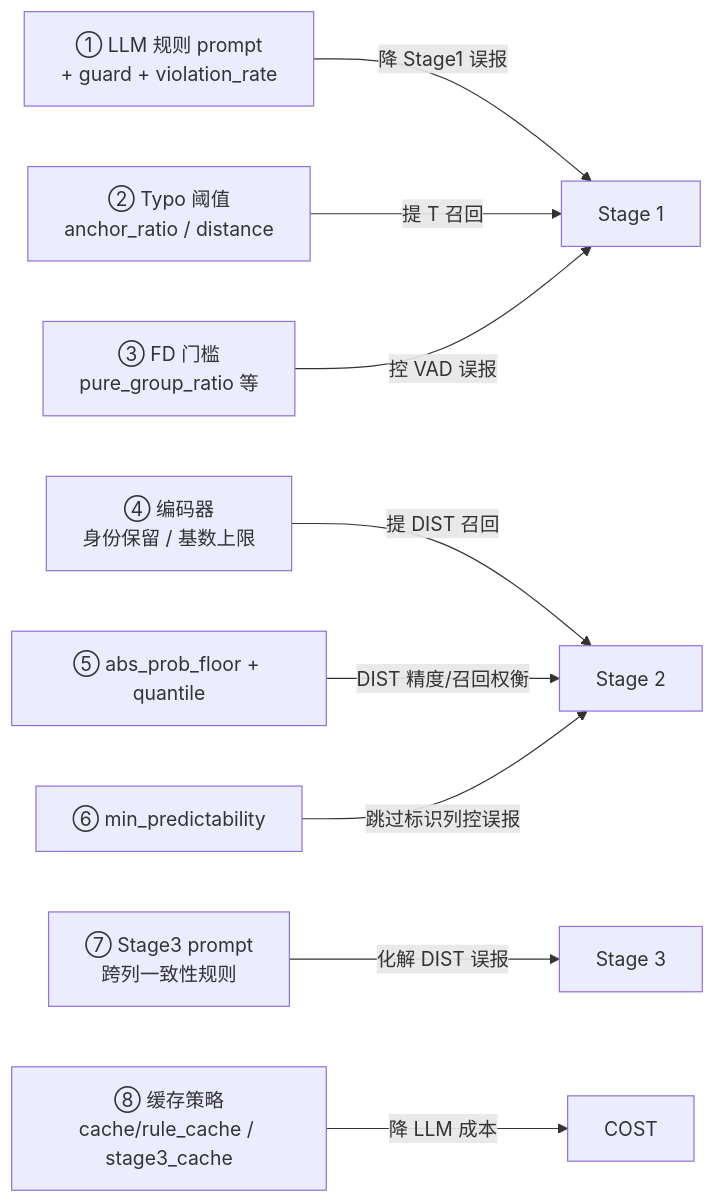
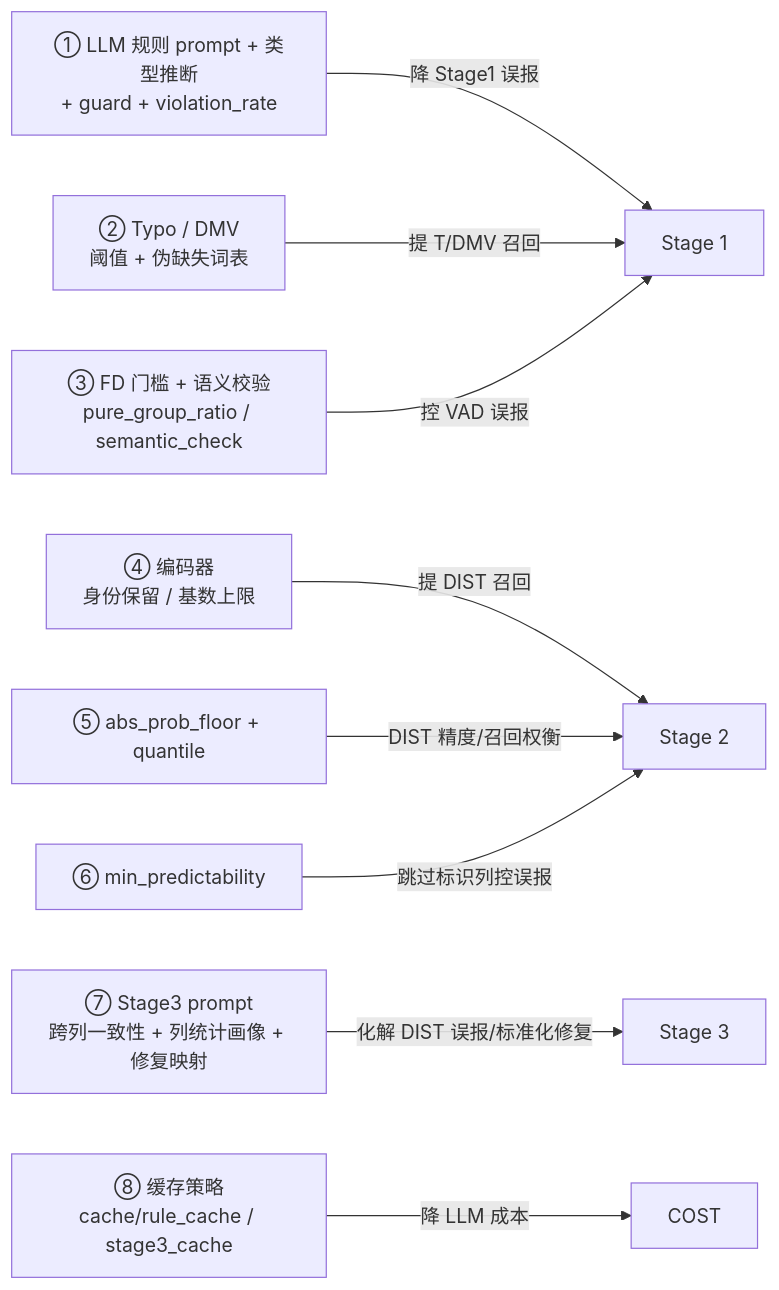
The eighth of 8 diagrams in PIPELINE.md (1993371829/error_detect), drawn with Mermaid before and after one commit. The commit also changed other lines of this file and 15 other files, not shown here.

First line of the commit message:
Stage 1/2/3 增强：DMV/标准化检测、LLM 健壮解析、Stage 3 统计画像与修复复用

````diff
--- a/PIPELINE.md
+++ b/PIPELINE.md
@@ -488,15 +507,15 @@
 ```mermaid
 flowchart LR
-    O1["① LLM 规则 prompt<br/>+ guard + violation_rate"] -->|降 Stage1 误报| P1
-    O2["② Typo 阈值<br/>anchor_ratio / distance"] -->|提 T 召回| P1
-    O3["③ FD 门槛<br/>pure_group_ratio 等"] -->|控 VAD 误报| P1
+    O1["① LLM 规则 prompt + 类型推断<br/>+ guard + violation_rate"] -->|降 Stage1 误报| P1
+    O2["② Typo / DMV<br/>阈值 + 伪缺失词表"] -->|提 T/DMV 召回| P1
+    O3["③ FD 门槛 + 语义校验<br/>pure_group_ratio / semantic_check"] -->|控 VAD 误报| P1
     O4["④ 编码器<br/>身份保留 / 基数上限"] -->|提 DIST 召回| P2
     O5["⑤ abs_prob_floor + quantile"] -->|DIST 精度/召回权衡| P2
     O6["⑥ min_predictability"] -->|跳过标识列控误报| P2
-    O7["⑦ Stage3 prompt<br/>跨列一致性规则"] -->|化解 DIST 误报| P3
+    O7["⑦ Stage3 prompt<br/>跨列一致性 + 列统计画像 + 修复映射"] -->|化解 DIST 误报/标准化修复| P3
     O8["⑧ 缓存策略<br/>cache/rule_cache / stage3_cache"] -->|降 LLM 成本| COST
 
     P1["Stage 1"]
     P2["Stage 2"]
     P3["Stage 3"]
 ```
````
